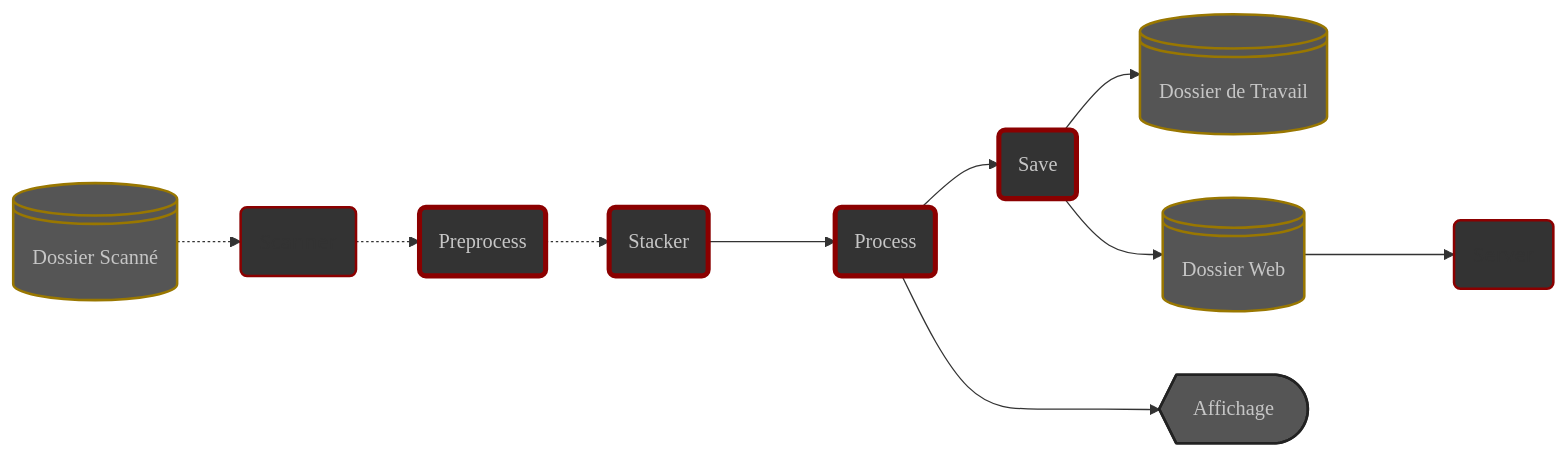
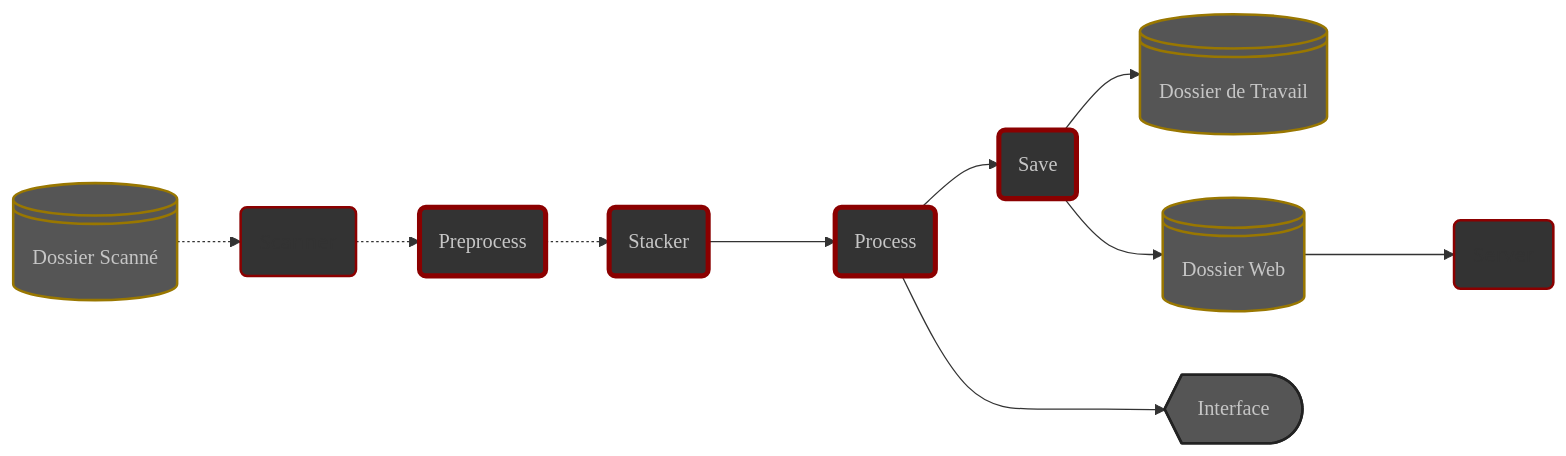
The diagram in content/fr/docs/v0.7/userguide/concepts.md (deufrai/als), drawn with Mermaid before and after one commit. The commit also changed other lines of this file and 1 other file, not shown here.

Commit message:
use 'Interface' for GUI in image path diagrams

````diff
--- a/content/fr/docs/v0.7/userguide/concepts.md
+++ b/content/fr/docs/v0.7/userguide/concepts.md
@@ -69,30 +69,30 @@
 ```mermaid
 graph LR
 
         B(Preprocess) -.-> C(Stacker)
         C ---> D(Process)
         D --> E(Save)
 
 
     S@{ shape: lin-cyl, label: "Dossier Scanné" } -.-> A(Scanner)       
     A -.-> B
     E --> F@{ shape: lin-cyl, label: "Dossier de Travail" }
     E --> G@{ shape: lin-cyl, label: "Dossier Web" }
     G ---> H(Server) 
-    D ---> I@{ shape: curv-trap, label: "Affichage" }
+    D ---> I@{ shape: curv-trap, label: "Interface" }
 
 
     style A fill:#333,stroke:darkred,stroke-width:2px
     style B fill:#333,stroke:darkred,stroke-width:4px,color:#c6c6c6,font-family:'Poppins',sans-serif
     style C fill:#333,stroke:darkred,stroke-width:4px,color:#c6c6c6,font-family:'Poppins',sans-serif
     style D fill:#333,stroke:darkred,stroke-width:4px,color:#c6c6c6,font-family:'Poppins',sans-serif
     style E fill:#333,stroke:darkred,stroke-width:4px,color:#c6c6c6,font-family:'Poppins',sans-serif
 
     style F fill:#555,stroke:#970,stroke-width:2px,color:#c6c6c6,font-family:'Poppins',sans-serif
     style G fill:#555,stroke:#970,stroke-width:2px,color:#c6c6c6,font-family:'Poppins',sans-serif
     style S fill:#555,stroke:#970,stroke-width:2px,color:#c6c6c6,font-family:'Poppins',sans-serif
     
     style I fill:#555,stroke:#222,stroke-width:2px,color:#c6c6c6,font-family:'Poppins',sans-serif
 
     style H fill:#333,stroke:darkred,stroke-width:2px
 ```
````
